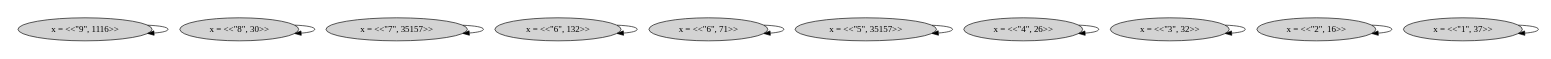
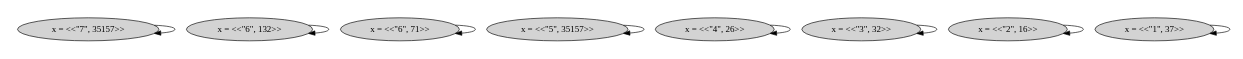
Before and after one commit to will62794/tla-web: the diagram in specs/with_state_graphs/simple_lambda.tla.dot, drawn with Graphviz. The commit also changed 7 other files, not shown here.

```diff
--- a/specs/with_state_graphs/simple_lambda.tla.dot
+++ b/specs/with_state_graphs/simple_lambda.tla.dot
@@ -1,27 +1,23 @@
 strict digraph DiskGraph {
 nodesep=0.35;
 subgraph cluster_graph {
 color="white";
 -8714631190595358265 [label="x = <<\"1\", 37>>",style = filled]
 4791116311436766832 [label="x = <<\"2\", 16>>",style = filled]
 -4988819755933655245 [label="x = <<\"3\", 32>>",style = filled]
 3507760491754526711 [label="x = <<\"4\", 26>>",style = filled]
 4156836481956588091 [label="x = <<\"5\", 35157>>",style = filled]
 7981769454953609343 [label="x = <<\"6\", 71>>",style = filled]
 408375458138110957 [label="x = <<\"6\", 132>>",style = filled]
 3527994426191400532 [label="x = <<\"7\", 35157>>",style = filled]
--1518960515862546508 [label="x = <<\"8\", 30>>",style = filled]
--4209749065133042428 [label="x = <<\"9\", 1116>>",style = filled]
 -8714631190595358265 -> -8714631190595358265 [label="",color="black",fontcolor="black"];
 4791116311436766832 -> 4791116311436766832 [label="",color="black",fontcolor="black"];
 -4988819755933655245 -> -4988819755933655245 [label="",color="black",fontcolor="black"];
 3507760491754526711 -> 3507760491754526711 [label="",color="black",fontcolor="black"];
 4156836481956588091 -> 4156836481956588091 [label="",color="black",fontcolor="black"];
 7981769454953609343 -> 7981769454953609343 [label="",color="black",fontcolor="black"];
 408375458138110957 -> 408375458138110957 [label="",color="black",fontcolor="black"];
 3527994426191400532 -> 3527994426191400532 [label="",color="black",fontcolor="black"];
--1518960515862546508 -> -1518960515862546508 [label="",color="black",fontcolor="black"];
--4209749065133042428 -> -4209749065133042428 [label="",color="black",fontcolor="black"];
-{rank = same; 3507760491754526711;-1518960515862546508;4156836481956588091;-8714631190595358265;-4988819755933655245;-4209749065133042428;408375458138110957;7981769454953609343;3527994426191400532;4791116311436766832;}
+{rank = same; 3507760491754526711;4156836481956588091;-8714631190595358265;-4988819755933655245;408375458138110957;7981769454953609343;3527994426191400532;4791116311436766832;}
 }
 }
```
